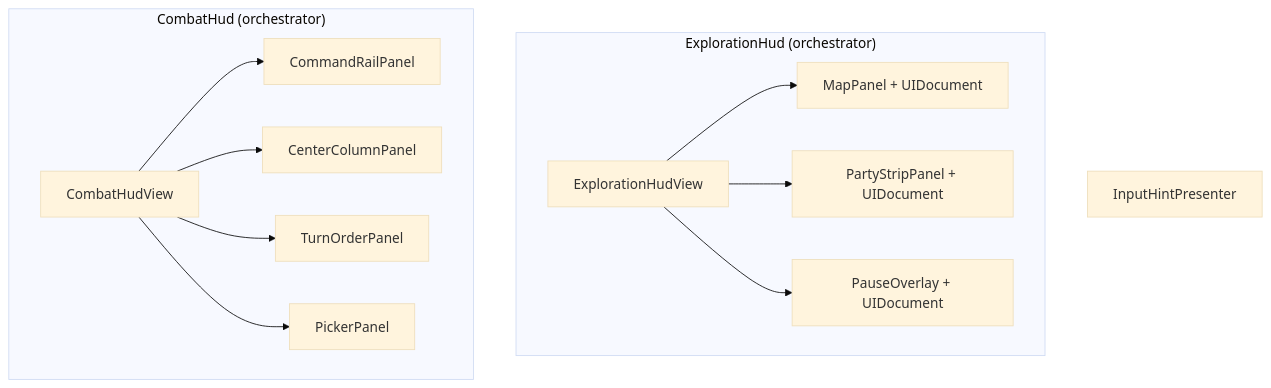
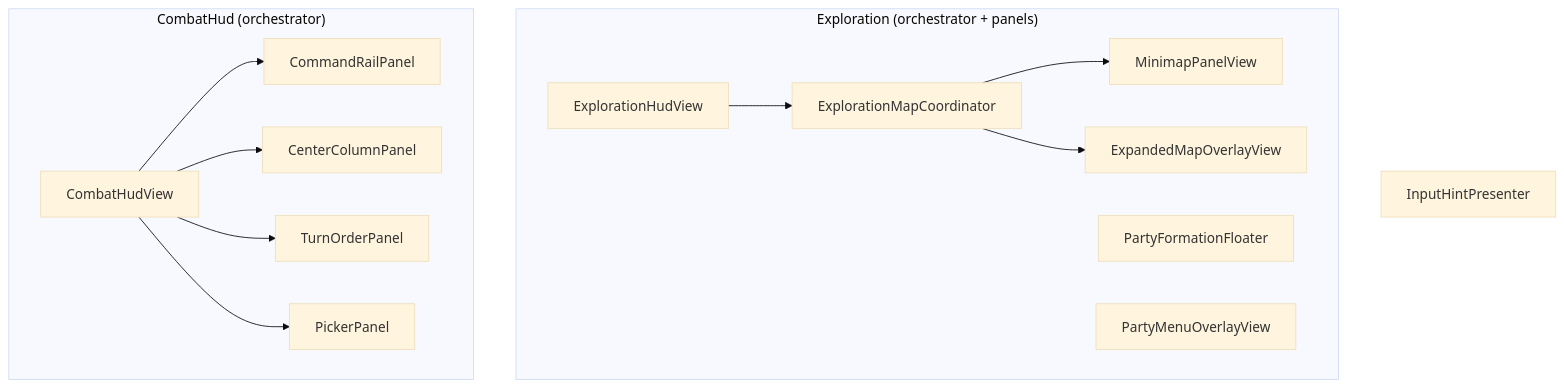
The diagram in docs/04-dev/layered-uitk-panels.md (miramocha/griddungeon-design-docs), drawn with Mermaid (base theme) before and after one commit. The commit also changed other lines of this file and 21 other files, not shown here.

First line of the commit message:
docs: exploration map split (game #244) (#33)

````diff
--- a/docs/04-dev/layered-uitk-panels.md
+++ b/docs/04-dev/layered-uitk-panels.md
@@ -46,24 +46,26 @@
 ```mermaid
 flowchart TB
-    subgraph Explore["ExplorationHud (orchestrator)"]
+    subgraph Explore["Exploration (orchestrator + panels)"]
         EHV[ExplorationHudView]
-        MP[MapPanel + UIDocument]
-        PS[PartyStripPanel + UIDocument]
-        PO[PauseOverlay + UIDocument]
+        EMC[ExplorationMapCoordinator]
+        MM[MinimapPanelView]
+        EXP[ExpandedMapOverlayView]
+        PS[PartyFormationFloater]
+        PO[PartyMenuOverlayView]
     end
     subgraph Combat["CombatHud (orchestrator)"]
         CHV[CombatHudView]
         CR[CommandRailPanel]
         CC[CenterColumnPanel]
         TO[TurnOrderPanel]
         PK[PickerPanel]
     end
   IH[InputHintPresenter]
-  EHV --> MP
-  EHV --> PS
-  EHV --> PO
+  EHV --> EMC
+  EMC --> MM
+  EMC --> EXP
   CHV --> CR
   CHV --> CC
   CHV --> TO
   CHV --> PK
 ```
````
